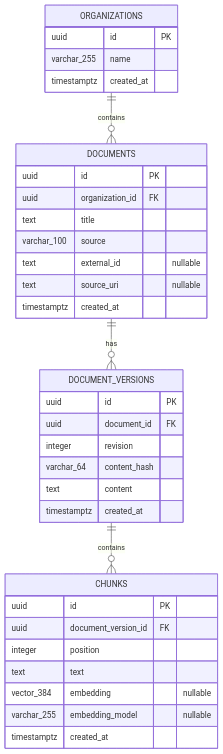
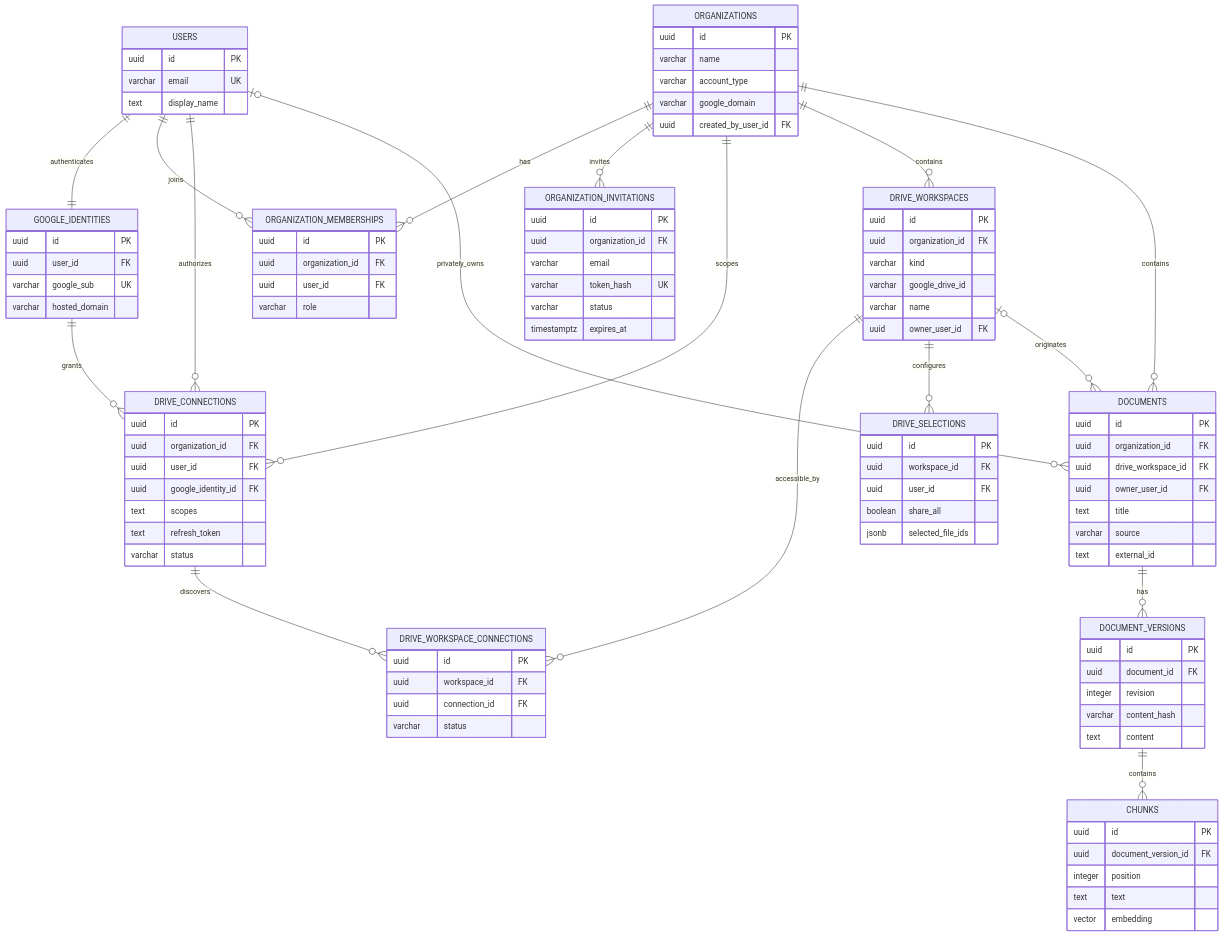
Before and after one commit to DennieDan/knowledge-graph: the diagram in apps/api/docs/ERD.mermaid, drawn with Mermaid. The commit also changed 26 other files, not shown here.

Commit message:
feat (drive): implement Google sign in flow

```diff
--- a/apps/api/docs/ERD.mermaid
+++ b/apps/api/docs/ERD.mermaid
@@ -1,39 +1,103 @@
 erDiagram
+    USERS ||--|| GOOGLE_IDENTITIES : authenticates
+    USERS ||--o{ ORGANIZATION_MEMBERSHIPS : joins
+    ORGANIZATIONS ||--o{ ORGANIZATION_MEMBERSHIPS : has
+    ORGANIZATIONS ||--o{ ORGANIZATION_INVITATIONS : invites
+    USERS ||--o{ DRIVE_CONNECTIONS : authorizes
+    GOOGLE_IDENTITIES ||--o{ DRIVE_CONNECTIONS : grants
+    ORGANIZATIONS ||--o{ DRIVE_CONNECTIONS : scopes
+    ORGANIZATIONS ||--o{ DRIVE_WORKSPACES : contains
+    DRIVE_CONNECTIONS ||--o{ DRIVE_WORKSPACE_CONNECTIONS : discovers
+    DRIVE_WORKSPACES ||--o{ DRIVE_WORKSPACE_CONNECTIONS : accessible_by
+    DRIVE_WORKSPACES ||--o{ DRIVE_SELECTIONS : configures
     ORGANIZATIONS ||--o{ DOCUMENTS : contains
+    DRIVE_WORKSPACES o|--o{ DOCUMENTS : originates
+    USERS o|--o{ DOCUMENTS : privately_owns
     DOCUMENTS ||--o{ DOCUMENT_VERSIONS : has
     DOCUMENT_VERSIONS ||--o{ CHUNKS : contains
 
+    USERS {
+        uuid id PK
+        varchar email UK
+        text display_name
+    }
+    GOOGLE_IDENTITIES {
+        uuid id PK
+        uuid user_id FK
+        varchar google_sub UK
+        varchar hosted_domain
+    }
     ORGANIZATIONS {
         uuid id PK
-        varchar_255 name
-        timestamptz created_at
+        varchar name
+        varchar account_type
+        varchar google_domain
+        uuid created_by_user_id FK
     }
-
+    ORGANIZATION_MEMBERSHIPS {
+        uuid id PK
+        uuid organization_id FK
+        uuid user_id FK
+        varchar role
+    }
+    ORGANIZATION_INVITATIONS {
+        uuid id PK
+        uuid organization_id FK
+        varchar email
+        varchar token_hash UK
+        varchar status
+        timestamptz expires_at
+    }
+    DRIVE_CONNECTIONS {
+        uuid id PK
+        uuid organization_id FK
+        uuid user_id FK
+        uuid google_identity_id FK
+        text scopes
+        text refresh_token
+        varchar status
+    }
+    DRIVE_WORKSPACES {
+        uuid id PK
+        uuid organization_id FK
+        varchar kind
+        varchar google_drive_id
+        varchar name
+        uuid owner_user_id FK
+    }
+    DRIVE_WORKSPACE_CONNECTIONS {
+        uuid id PK
+        uuid workspace_id FK
+        uuid connection_id FK
+        varchar status
+    }
+    DRIVE_SELECTIONS {
+        uuid id PK
+        uuid workspace_id FK
+        uuid user_id FK
+        boolean share_all
+        jsonb selected_file_ids
+    }
     DOCUMENTS {
         uuid id PK
         uuid organization_id FK
+        uuid drive_workspace_id FK
+        uuid owner_user_id FK
         text title
-        varchar_100 source
-        text external_id "nullable"
-        text source_uri "nullable"
-        timestamptz created_at
+        varchar source
+        text external_id
     }
-
     DOCUMENT_VERSIONS {
         uuid id PK
         uuid document_id FK
         integer revision
-        varchar_64 content_hash
+        varchar content_hash
         text content
-        timestamptz created_at
     }
-
     CHUNKS {
         uuid id PK
         uuid document_version_id FK
         integer position
         text text
-        vector_384 embedding "nullable"
-        varchar_255 embedding_model "nullable"
-        timestamptz created_at
+        vector embedding
     }
```
